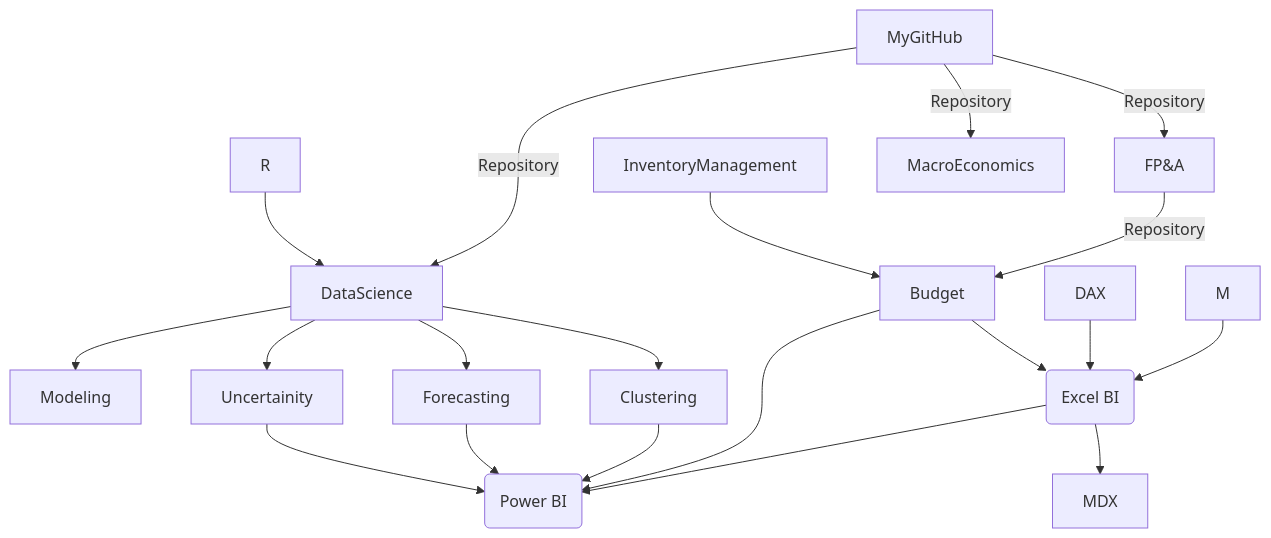
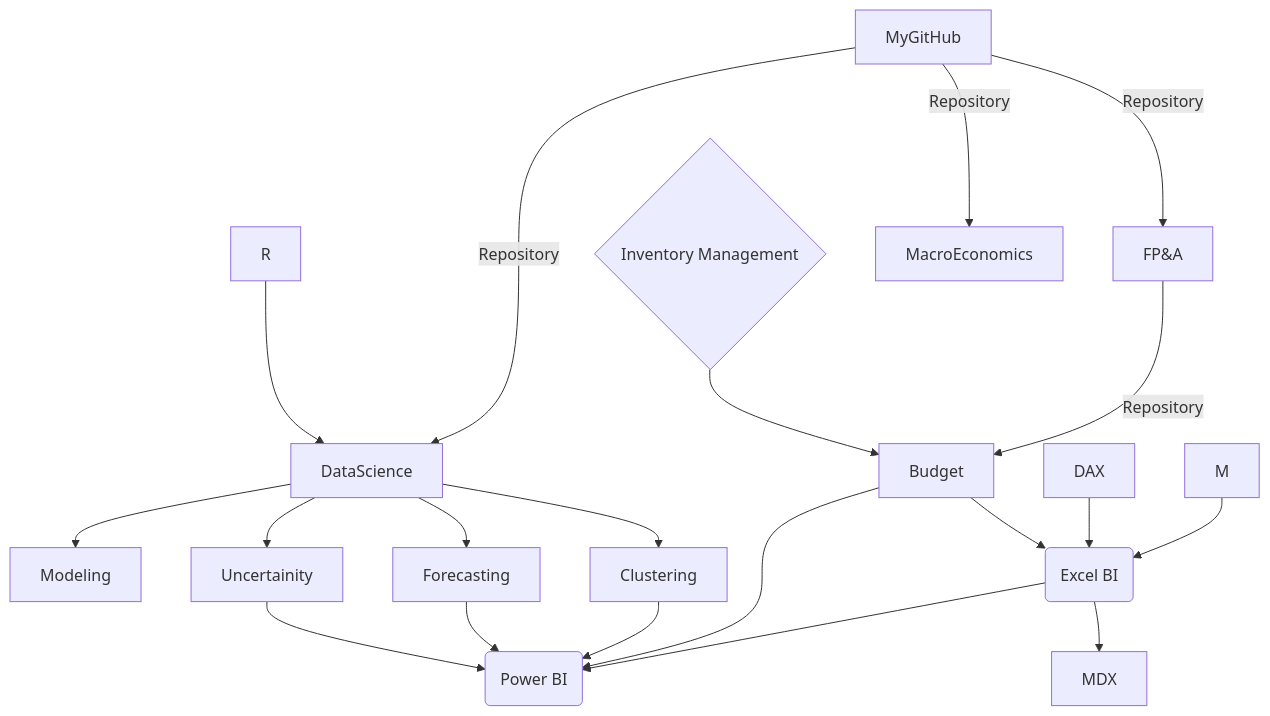
One commit to md3629/md3629 changed the diagram in README.md. Above: the diagram before and after it, drawn with Mermaid.

````diff
--- a/README.md
+++ b/README.md
@@ -9,22 +9,22 @@
 ```mermaid
 graph TD;
     MyGitHub-->|Repository|FP&A;
-    InventoryManagement-->Budget;
+    Inv{Inventory Management}-->Budget;
     FP&A-->|Repository|Budget;
     R-->DataScience;
     MyGitHub-->|Repository|DataScience;
     MyGitHub-->|Repository|MacroEconomics;
     DataScience-->Modeling;
     DataScience-->Forecasting;
     DataScience-->Clustering;
     DataScience-->Uncertainity;
     Uncertainity-->P(Power BI);
     Forecasting-->P(Power BI);
     Clustering-->P(Power BI);
     Budget-->P(Power BI);
     Budget-->E(Excel BI);
     DAX-->E(Excel BI);
     M-->E(Excel BI);
     E(Excel BI)-->P(Power BI);
     E(Excel BI)-->MDX;
 ```
````
